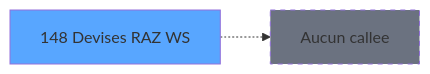
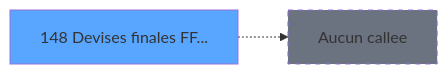
One commit to thonyAGP/magic-migration changed the third of 3 diagrams in .openspec/specs/ADH-IDE-148.md. Above: the diagram before and after it, drawn with Mermaid. The commit also changed other lines of this file and 311 other files, not shown here.

````diff
--- a/.openspec/specs/ADH-IDE-148.md
+++ b/.openspec/specs/ADH-IDE-148.md
@@ -238,8 +168,8 @@
 ```mermaid
 graph LR
-    T148[148 Devises RAZ WS]
+    T148[148 Devises finales FF...]
     style T148 fill:#58a6ff
     NONE[Aucun callee]
     T148 -.-> NONE
     style NONE fill:#6b7280,stroke-dasharray: 5 5
 ```
````
